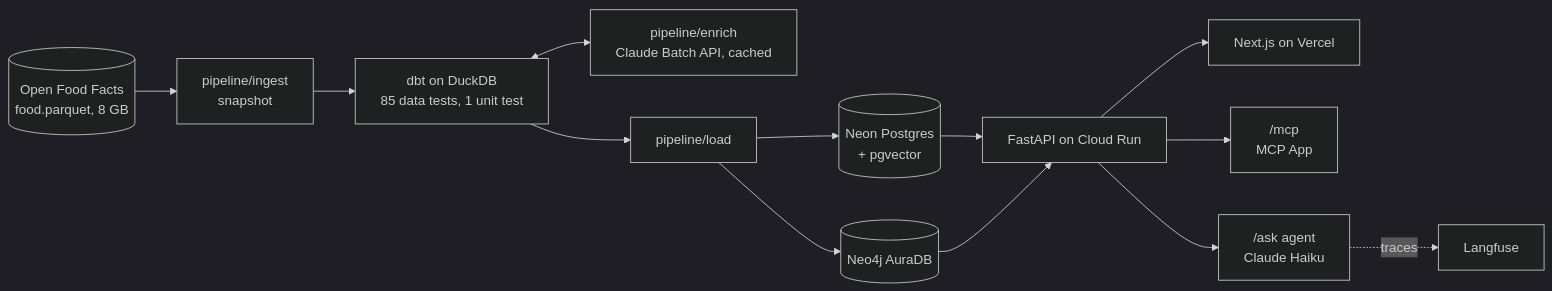
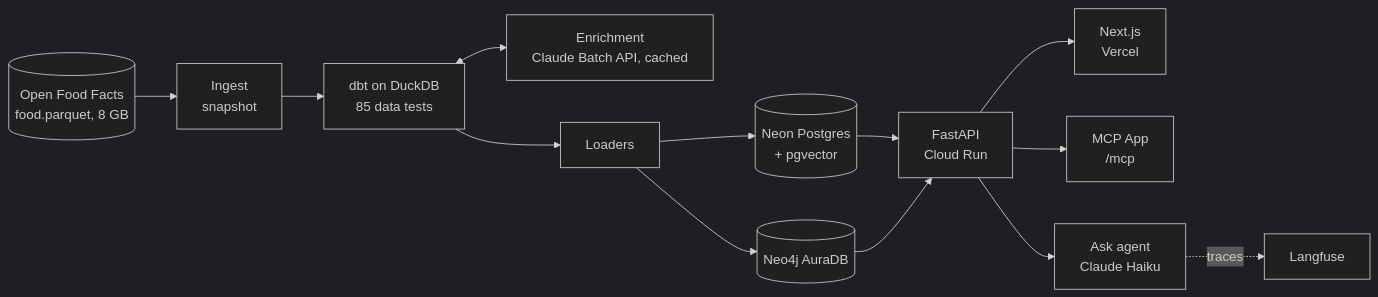
The diagram in README.md (adikan2k/labellens), drawn with Mermaid (dark theme) before and after one commit. The commit also changed other lines of this file and 26 other files, not shown here.

````diff
--- a/README.md
+++ b/README.md
@@ -38,15 +103,15 @@
 ```mermaid
 flowchart LR
-    OFF[("Open Food Facts<br/>food.parquet, 8 GB")] --> ING["pipeline/ingest<br/>snapshot"]
-    ING --> DBT["dbt on DuckDB<br/>85 data tests, 1 unit test"]
-    DBT <--> ENR["pipeline/enrich<br/>Claude Batch API, cached"]
-    DBT --> LOAD["pipeline/load"]
+    OFF[("Open Food Facts<br/>food.parquet, 8 GB")] --> ING["Ingest<br/>snapshot"]
+    ING --> DBT["dbt on DuckDB<br/>85 data tests"]
+    DBT <--> ENR["Enrichment<br/>Claude Batch API, cached"]
+    DBT --> LOAD["Loaders"]
     LOAD --> PG[("Neon Postgres<br/>+ pgvector")]
     LOAD --> NEO[("Neo4j AuraDB")]
-    PG --> API["FastAPI on Cloud Run"]
+    PG --> API["FastAPI<br/>Cloud Run"]
     NEO --> API
-    API --> WEB["Next.js on Vercel"]
-    API --> MCP["/mcp<br/>MCP App"]
-    API --> ASK["/ask agent<br/>Claude Haiku"]
+    API --> WEB["Next.js<br/>Vercel"]
+    API --> MCP["MCP App<br/>/mcp"]
+    API --> ASK["Ask agent<br/>Claude Haiku"]
     ASK -.traces.-> LF["Langfuse"]
 ```
````
